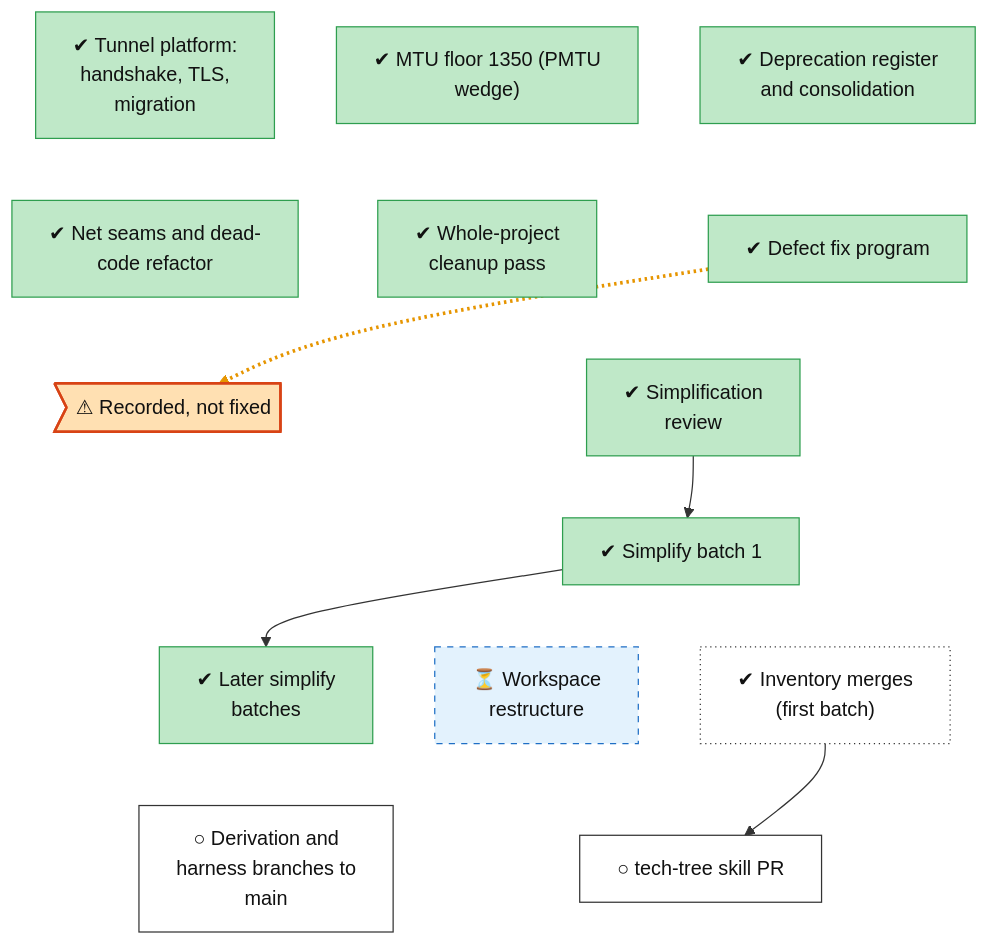
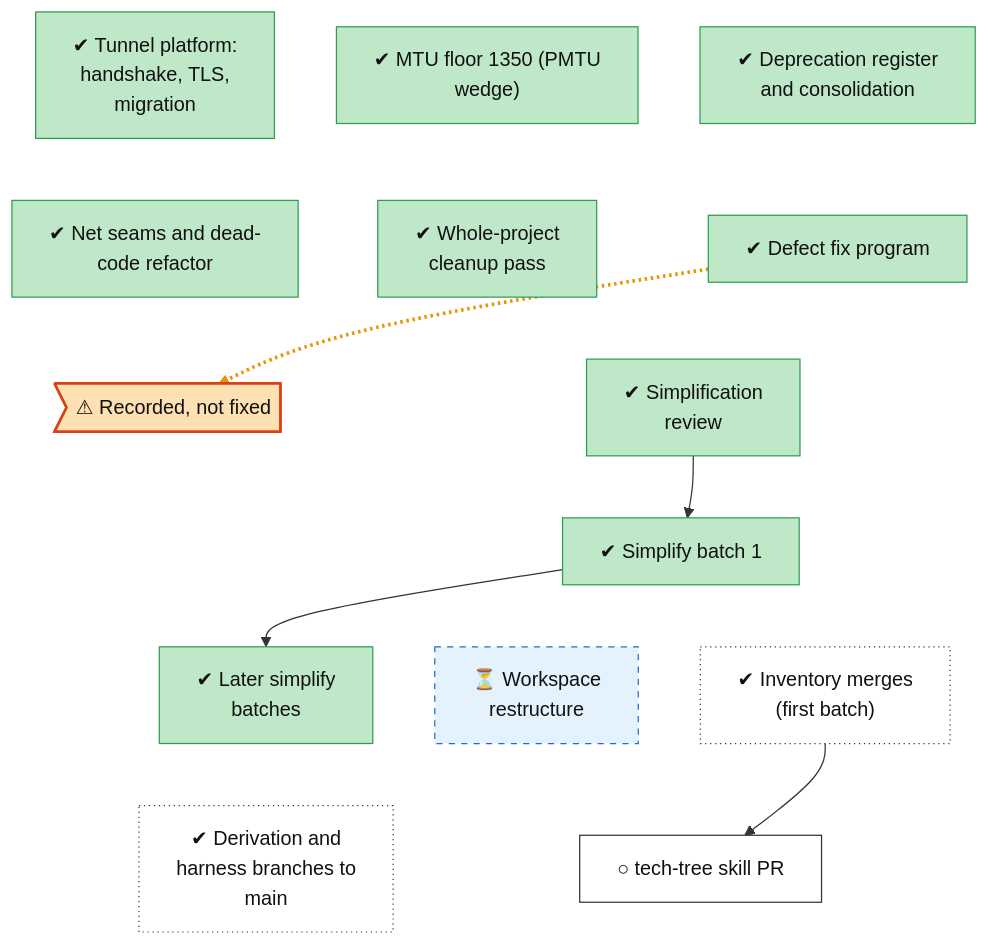
One commit to lhns/raptorpath changed the diagram in docs/roadmap/tracks/infra.md. Above: the diagram before and after it, drawn with Mermaid. The commit also changed other lines of this file and 10 other files, not shown here.

Commit message:
status §51 block E Result: DEGENERATE-AS-WIRED, rate-spare-cwnd NOT-ENFORCED (both predicted); K4 held on the PM W1 bracket failure and Delta pinned at 1; ledger docs/l1-raw/s51e; law-ledger K04; roadmap

````diff
--- a/docs/roadmap/tracks/infra.md
+++ b/docs/roadmap/tracks/infra.md
@@ -10,54 +10,54 @@
 ```mermaid
 flowchart TB
     infra_early_platform["✔ Tunnel platform:<br/>handshake, TLS,<br/>migration"]
     infra_mtu_floor["✔ MTU floor 1350 (PMTU<br/>wedge)"]
     infra_consolidation["✔ Deprecation register<br/>and consolidation"]
     infra_net_seams["✔ Net seams and dead-<br/>code refactor"]
     infra_cleanup_0927["✔ Whole-project<br/>cleanup pass"]
     infra_fix_program["✔ Defect fix program"]
     infra_defect_recorded_not_fixed>"⚠ Recorded, not fixed"]
     infra_simplify_review["✔ Simplification<br/>review"]
     infra_simplify_batch1["✔ Simplify batch 1"]
     infra_simplify_batch2["✔ Later simplify<br/>batches"]
     infra_restructure["⏳ Workspace<br/>restructure"]
     infra_inventory_merges["✔ Inventory merges<br/>(first batch)"]
-    infra_derivation_merges["○ Derivation and<br/>harness branches to<br/>main"]
+    infra_derivation_merges["✔ Derivation and<br/>harness branches to<br/>main"]
     infra_tech_tree_skill["○ tech-tree skill PR"]
     infra_early_platform ~~~ infra_net_seams
     infra_mtu_floor ~~~ infra_cleanup_0927
     infra_consolidation ~~~ infra_fix_program
     infra_net_seams ~~~ infra_defect_recorded_not_fixed
     infra_cleanup_0927 ~~~ infra_simplify_review
     infra_fix_program ~~~ infra_simplify_review
     infra_defect_recorded_not_fixed ~~~ infra_simplify_batch1
     infra_simplify_review ~~~ infra_simplify_batch1
     infra_simplify_batch1 ~~~ infra_simplify_batch2
     infra_simplify_batch1 ~~~ infra_restructure
     infra_simplify_batch1 ~~~ infra_inventory_merges
     infra_simplify_batch2 ~~~ infra_derivation_merges
     infra_restructure ~~~ infra_tech_tree_skill
     infra_inventory_merges ~~~ infra_tech_tree_skill
     infra_fix_program -.-> infra_defect_recorded_not_fixed
     infra_simplify_review --> infra_simplify_batch1
     infra_simplify_batch1 --> infra_simplify_batch2
     infra_inventory_merges --> infra_tech_tree_skill
     linkStyle 14 stroke:#e69500,stroke-width:3px,stroke-dasharray:2 3
     classDef vsucc fill:#2e9e4f,stroke:#1b6b34,color:#fff
     classDef succ fill:#bfe8c8,stroke:#2e9e4f,color:#111
     classDef mixed fill:#ffd37a,stroke:#c98a00,color:#111
     classDef bad fill:#f28b82,stroke:#b3261e,color:#111
     classDef dead fill:#e6e6e6,stroke:#777,stroke-dasharray:5 5,color:#555
     classDef inprog fill:#a8cdf5,stroke:#1f6fc5,color:#111
     classDef next fill:#fff,stroke:#333,color:#111
     classDef blocked fill:#fff,stroke:#b3261e,stroke-dasharray:2 2,color:#111
     classDef parked fill:#f3f3f3,stroke:#999,color:#555
     classDef unrated fill:#fff,stroke:#333,stroke-dasharray:1 3,color:#111
     classDef userdec fill:#d9c2f0,stroke:#7b3fb5,color:#111
     classDef defect fill:#ffe0b2,stroke:#d84315,stroke-width:2px,color:#111
     classDef waiting fill:#e3f2fd,stroke:#1f6fc5,stroke-dasharray:5 5,color:#111
     class infra_early_platform,infra_mtu_floor,infra_consolidation,infra_net_seams,infra_cleanup_0927,infra_fix_program,infra_simplify_review,infra_simplify_batch1,infra_simplify_batch2 succ
     class infra_defect_recorded_not_fixed defect
     class infra_restructure waiting
-    class infra_inventory_merges unrated
-    class infra_derivation_merges,infra_tech_tree_skill next
+    class infra_inventory_merges,infra_derivation_merges unrated
+    class infra_tech_tree_skill next
 ```
````
